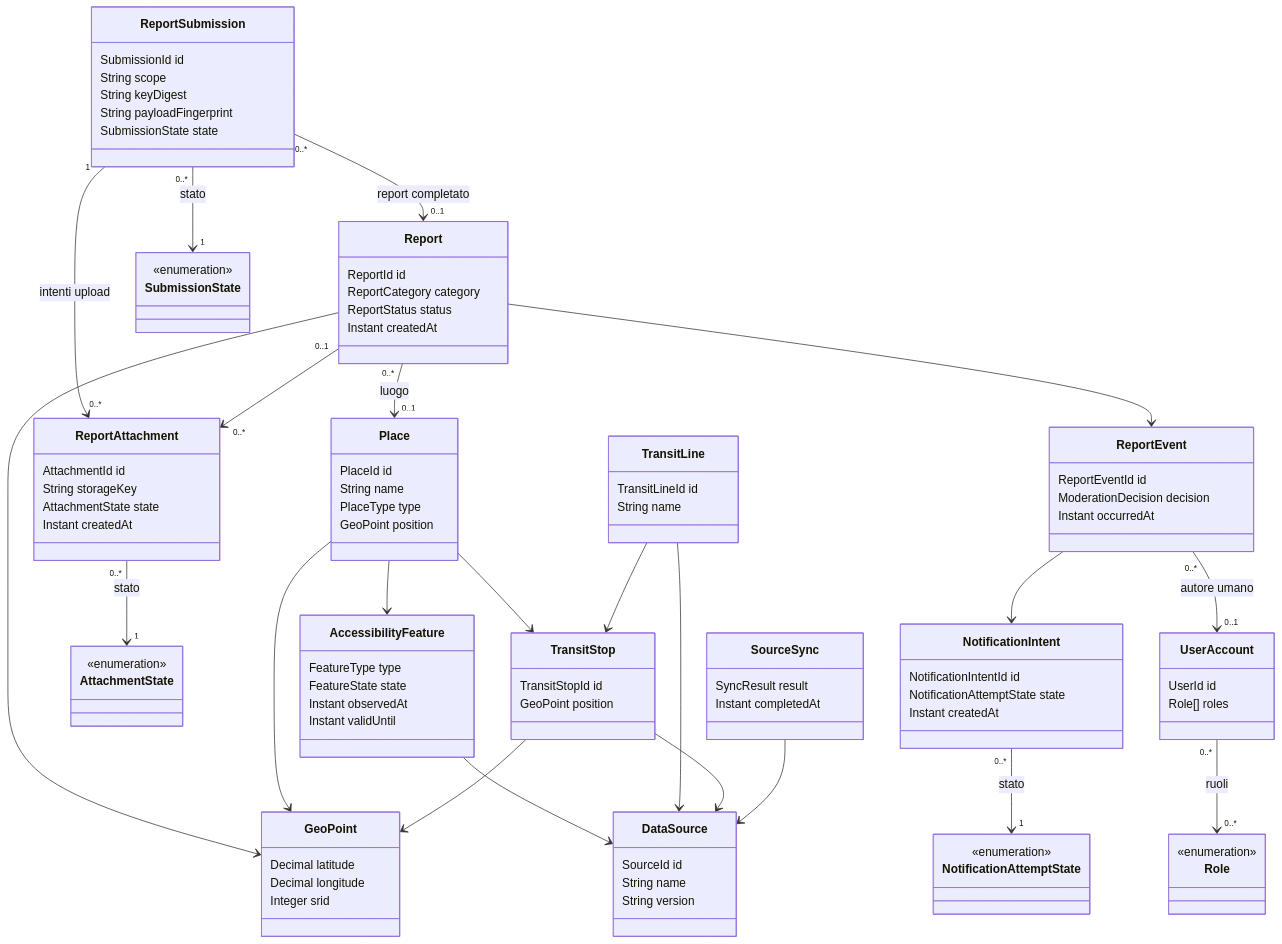
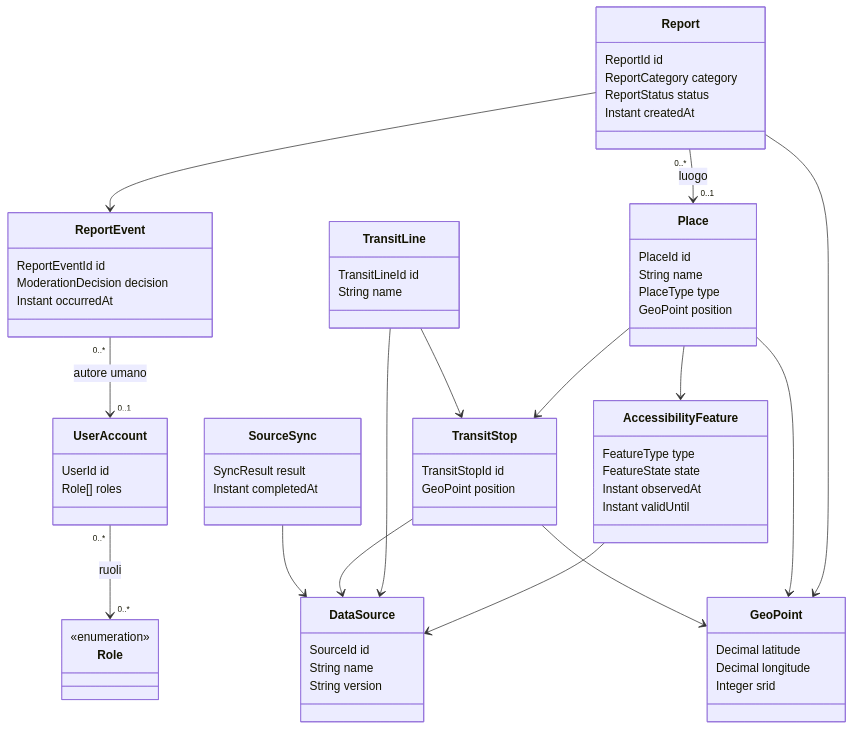
The second of 9 diagrams in docs/RAD.md (andreaplini/aegis), drawn with Mermaid before and after one commit. The commit also changed other lines of this file and 3 other files, not shown here.

Commit message:
docs: simplify domain model and name UML objects

````diff
--- a/docs/RAD.md
+++ b/docs/RAD.md
@@ -372,6 +376,6 @@
 ```mermaid
 classDiagram
-  accDescr: Relazioni concettuali tra luoghi, caratteristiche, prenotazioni idempotenti, segnalazioni, eventi, intenzioni di notifica e fonti.
+  accDescr: Entità principali per luoghi, accessibilità, trasporto, segnalazioni e fonti, con le relative associazioni.
   class Place {
     PlaceId id
     String name
@@ -390,37 +394,10 @@
     ReportStatus status
     Instant createdAt
   }
-  class ReportSubmission {
-    SubmissionId id
-    String scope
-    String keyDigest
-    String payloadFingerprint
-    SubmissionState state
-  }
-  class SubmissionState {
-    <<enumeration>>
-  }
   class ReportEvent {
     ReportEventId id
     ModerationDecision decision
     Instant occurredAt
-  }
-  class ReportAttachment {
-    AttachmentId id
-    String storageKey
-    AttachmentState state
-    Instant createdAt
-  }
-  class AttachmentState {
-    <<enumeration>>
-  }
-  class NotificationIntent {
-    NotificationIntentId id
-    NotificationAttemptState state
-    Instant createdAt
-  }
-  class NotificationAttemptState {
-    <<enumeration>>
   }
   class UserAccount {
     UserId id
@@ -455,16 +432,9 @@
   Place --> TransitStop
   TransitLine --> TransitStop
   Report --> ReportEvent
-  ReportSubmission "0..*" --> "0..1" Report : report completato
-  ReportSubmission "1" --> "0..*" ReportAttachment : intenti upload
-  ReportSubmission "0..*" --> "1" SubmissionState : stato
-  Report "0..1" --> "0..*" ReportAttachment
   Report "0..*" --> "0..1" Place : luogo
   ReportEvent "0..*" --> "0..1" UserAccount : autore umano
   UserAccount "0..*" --> "0..*" Role : ruoli
-  ReportAttachment "0..*" --> "1" AttachmentState : stato
-  NotificationIntent "0..*" --> "1" NotificationAttemptState : stato
-  ReportEvent --> NotificationIntent
   Report --> GeoPoint
   Place --> GeoPoint
   TransitStop --> GeoPoint
````
